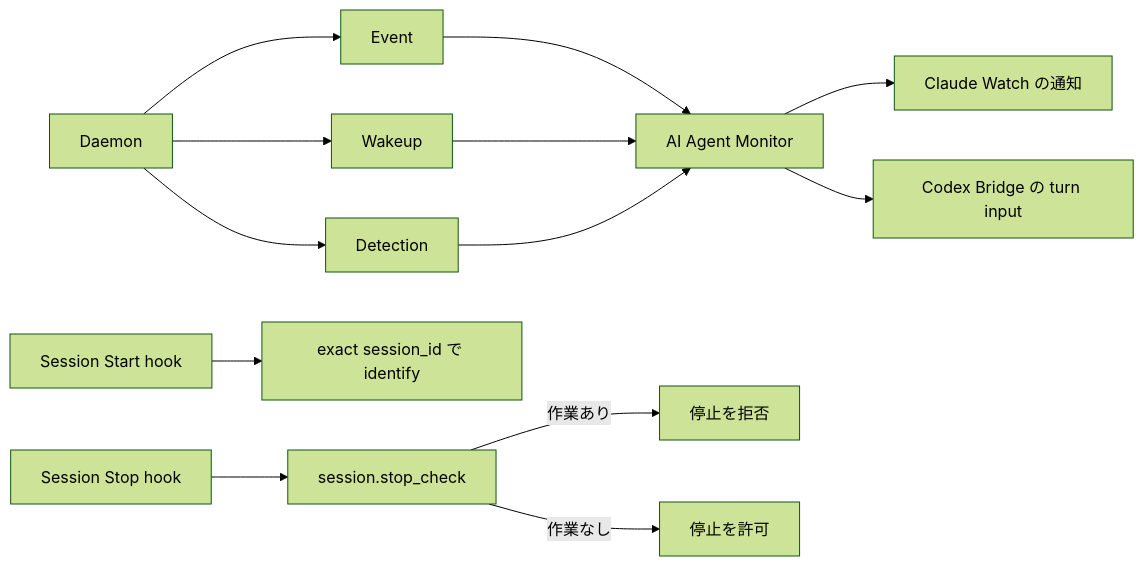
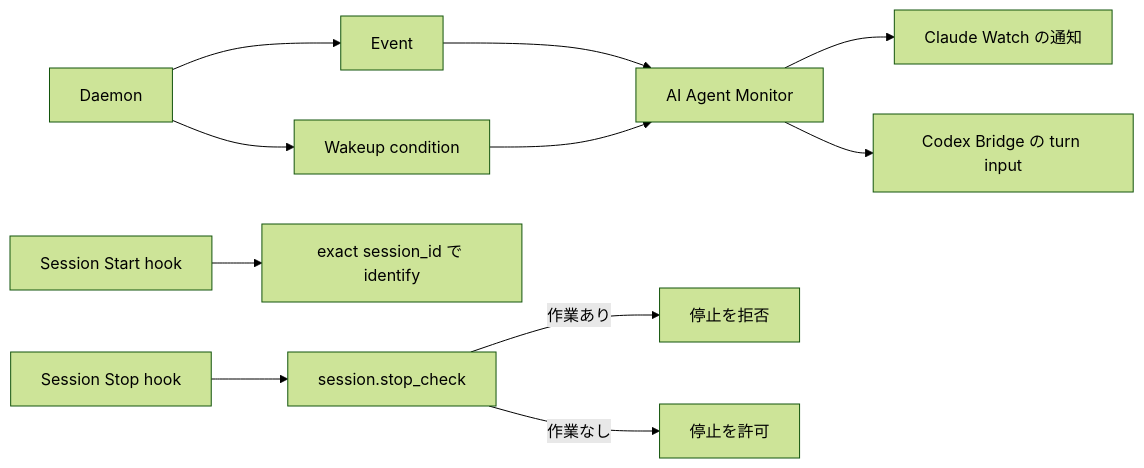
The first of 2 diagrams in doc/continuous-execution.md (michiomochi/atct), drawn with Mermaid (forest theme) before and after one commit. The commit also changed other lines of this file and 2 other files, not shown here.

Commit message:
docs: define unified wakeup conditions

````diff
--- a/doc/continuous-execution.md
+++ b/doc/continuous-execution.md
@@ -8,17 +8,15 @@
 ```mermaid
 flowchart LR
     D[Daemon] --> E[Event]
-    D --> W[Wakeup]
-    D --> X[Detection]
+    D --> W[Wakeup condition]
 
     E --> M[AI Agent Monitor]
     W --> M
-    X --> M
     M --> C[Claude Watch の通知]
     M --> B[Codex Bridge の turn input]
 
     SS[Session Start hook] --> I[exact session_id で identify]
     ST[Session Stop hook] --> SC[session.stop_check]
     SC -->|作業あり| K[停止を拒否]
     SC -->|作業なし| A[停止を許可]
 ```
````
